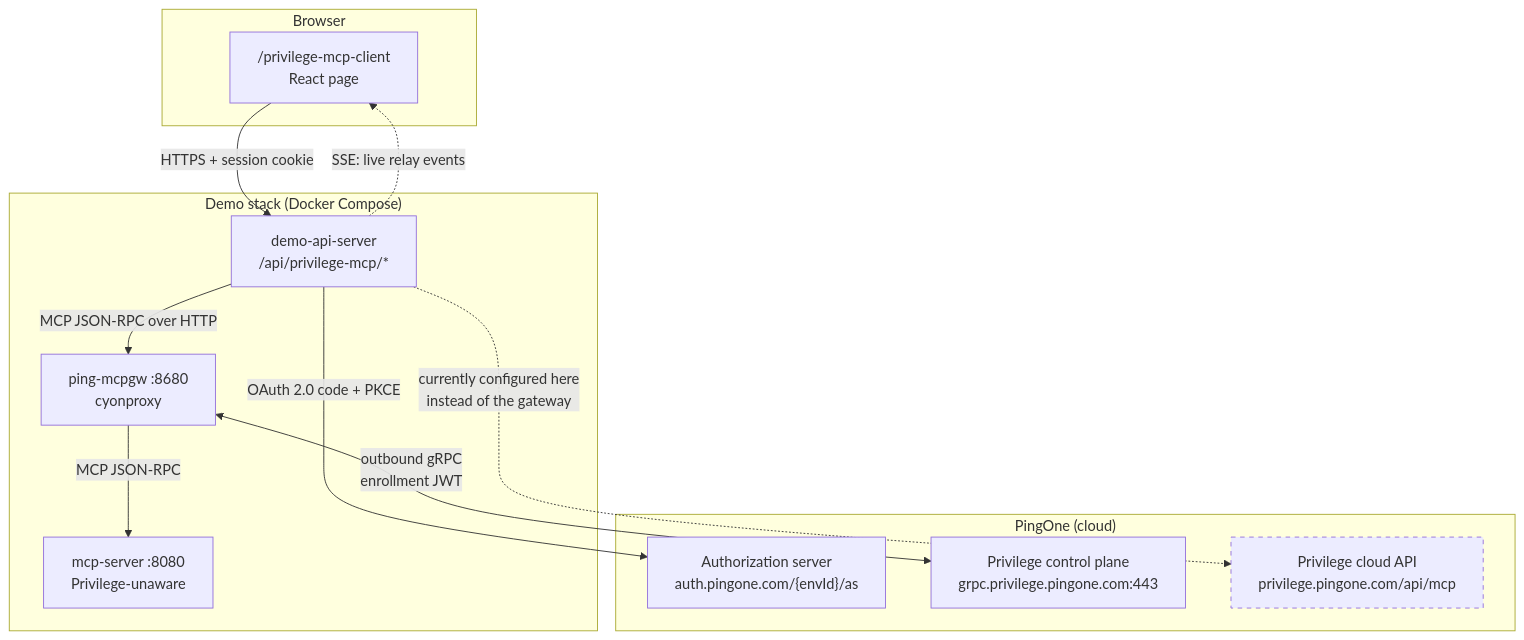
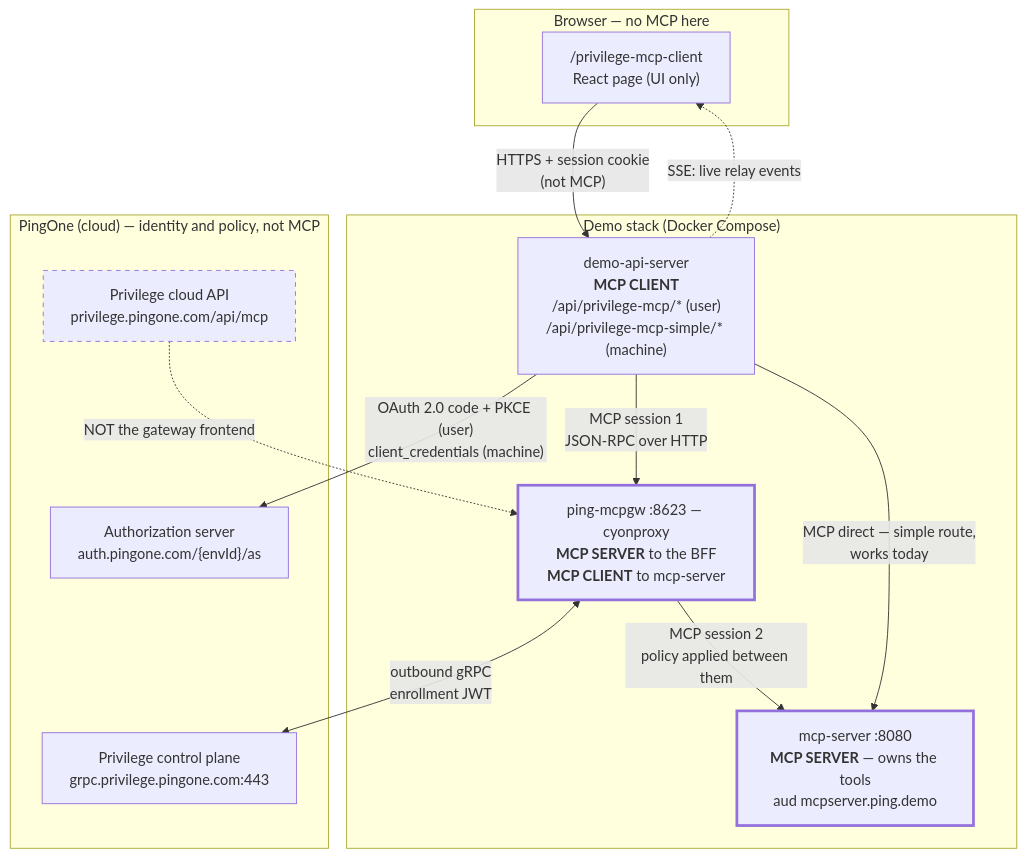
The first of 2 diagrams in docs/PRIVILEGE-MCP.md (curtismu7/AI-DEMO2), drawn with Mermaid before and after one commit. The commit also changed other lines of this file and 2 other files, not shown here.

````diff
--- a/docs/PRIVILEGE-MCP.md
+++ b/docs/PRIVILEGE-MCP.md
@@ -86,29 +130,32 @@
 ```mermaid
 graph TB
-    subgraph browser["Browser"]
-        UI["/privilege-mcp-client<br/>React page"]
+    subgraph browser["Browser — no MCP here"]
+        UI["/privilege-mcp-client<br/>React page (UI only)"]
     end
 
     subgraph demo["Demo stack (Docker Compose)"]
-        BFF["demo-api-server<br/>/api/privilege-mcp/*"]
-        GW["ping-mcpgw :8680<br/>cyonproxy"]
-        MCP["mcp-server :8080<br/>Privilege-unaware"]
+        BFF["demo-api-server<br/><b>MCP CLIENT</b><br/>/api/privilege-mcp/* (user)<br/>/api/privilege-mcp-simple/* (machine)"]
+        GW["ping-mcpgw :8623 — cyonproxy<br/><b>MCP SERVER</b> to the BFF<br/><b>MCP CLIENT</b> to mcp-server"]
+        MCP["mcp-server :8080<br/><b>MCP SERVER</b> — owns the tools<br/>aud mcpserver.ping.demo"]
     end
 
-    subgraph ping["PingOne (cloud)"]
+    subgraph ping["PingOne (cloud) — identity and policy, not MCP"]
         AS["Authorization server<br/>auth.pingone.com/{envId}/as"]
         CP["Privilege control plane<br/>grpc.privilege.pingone.com:443"]
         API["Privilege cloud API<br/>privilege.pingone.com/api/mcp"]
     end
 
-    UI -->|"HTTPS + session cookie"| BFF
+    UI -->|"HTTPS + session cookie<br/>(not MCP)"| BFF
     BFF -.->|"SSE: live relay events"| UI
-    BFF -->|"OAuth 2.0 code + PKCE"| AS
-    BFF -->|"MCP JSON-RPC over HTTP"| GW
-    GW -->|"MCP JSON-RPC"| MCP
+    BFF -->|"OAuth 2.0 code + PKCE (user)<br/>client_credentials (machine)"| AS
+    BFF -->|"MCP session 1<br/>JSON-RPC over HTTP"| GW
+    GW -->|"MCP session 2<br/>policy applied between them"| MCP
+    BFF -->|"MCP direct — simple route,<br/>works today"| MCP
     GW <-->|"outbound gRPC<br/>enrollment JWT"| CP
-    BFF -.->|"currently configured here<br/>instead of the gateway"| API
+    API -.->|"NOT the gateway frontend"| GW
 
+    classDef mcpserver stroke-width:3px
     classDef broken stroke-dasharray: 5 5
+    class MCP,GW mcpserver
     class API broken
 ```
````
